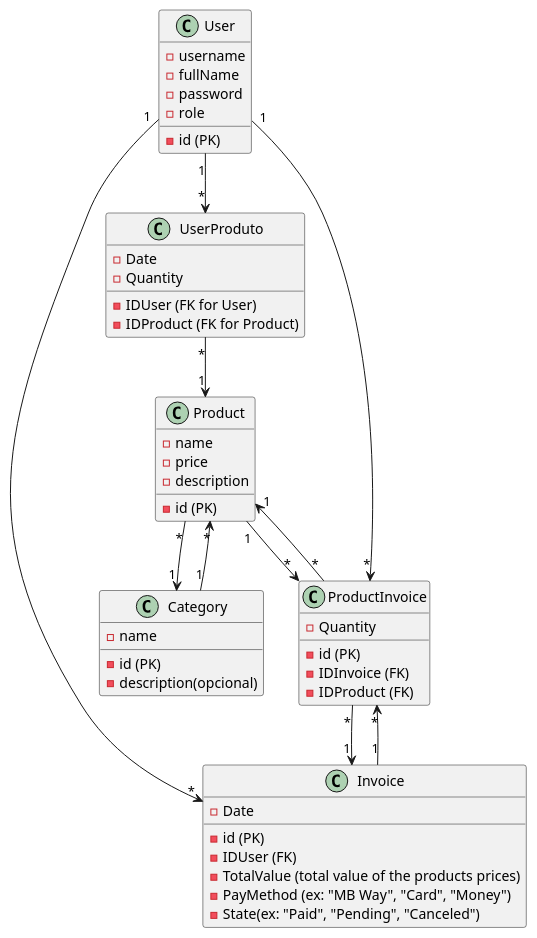
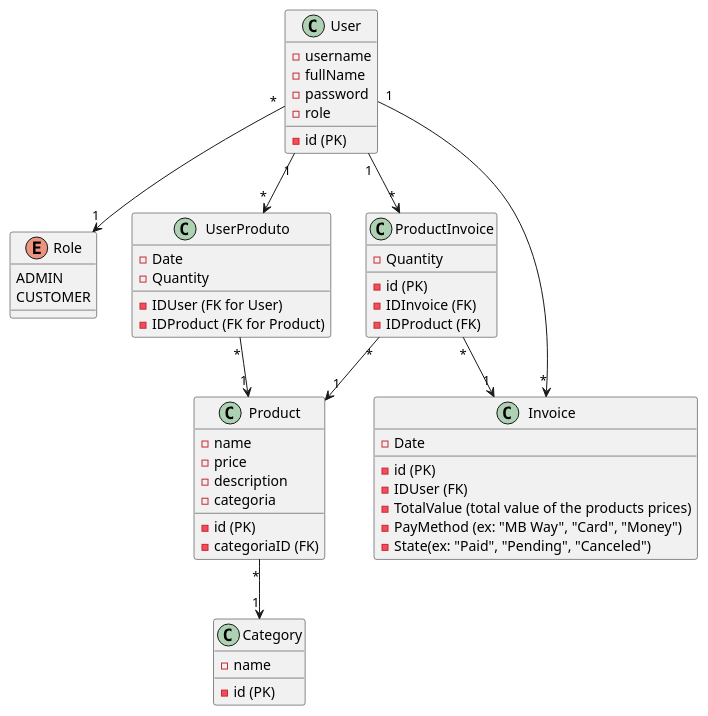
Before and after one commit to RuiCost/SpringBootProductsAPI_Train: the diagram in produtoisapi/produtoisapi/Docs/DM.puml, drawn with PlantUML. The commit also changed 28 other files, not shown here.

```diff
--- a/produtoisapi/produtoisapi/Docs/DM.puml
+++ b/produtoisapi/produtoisapi/Docs/DM.puml
@@ -1,73 +1,74 @@
 @startuml
 class User{
     -id (PK)
     -username
     -fullName
     -password
     -role
+}
+
+enum Role {
+    ADMIN
+    CUSTOMER
+
 }
 class UserProduto{
 
    - IDUser (FK for User)
    - IDProduct (FK for Product)
    - Date
    - Quantity
 
 }
 
 
 class Product {
    -id (PK)
+   -categoriaID (FK)
    -name
    -price
    -description
-
+   -categoria
 }
 
 
 
 
 class Category {
-
-  - id (PK)
-  - name
-  - description(opcional)
-
+    - id (PK)
+    - name
 }
 
 class Invoice {
   - id (PK)
   - IDUser (FK)
   - Date
   - TotalValue (total value of the products prices)
   - PayMethod (ex: "MB Way", "Card", "Money")
   - State(ex: "Paid", "Pending", "Canceled")
 
 }
 
 class ProductInvoice {
  - id (PK)
  - IDInvoice (FK)
  - IDProduct (FK)
  - Quantity
 
 }
 
 
-
+User "*" --> "1" Role
 User "1" --> "*" Invoice
 User "1" --> "*" UserProduto
 User "1" --> "*" ProductInvoice
 
 UserProduto "*" --> "1" Product
 
-Product "1" --> "*" ProductInvoice
 Product "*" --> "1" Category
 
-Invoice "1" --> "*" ProductInvoice
 
-Category "1" --> "*" Product
 
 ProductInvoice "*" --> "1" Product
 ProductInvoice "*" --> "1" Invoice
 @enduml
```
